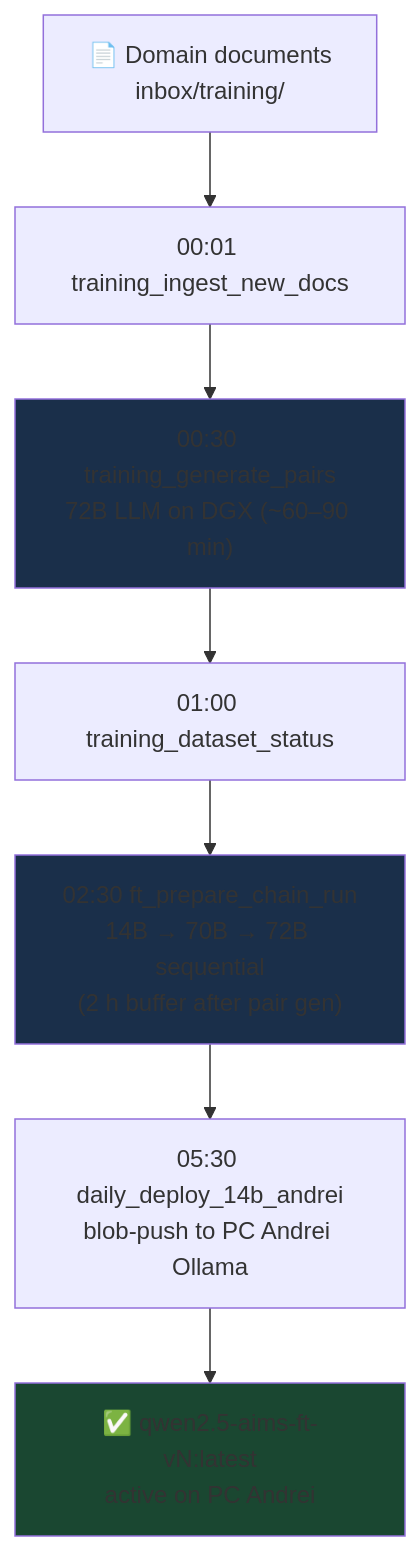
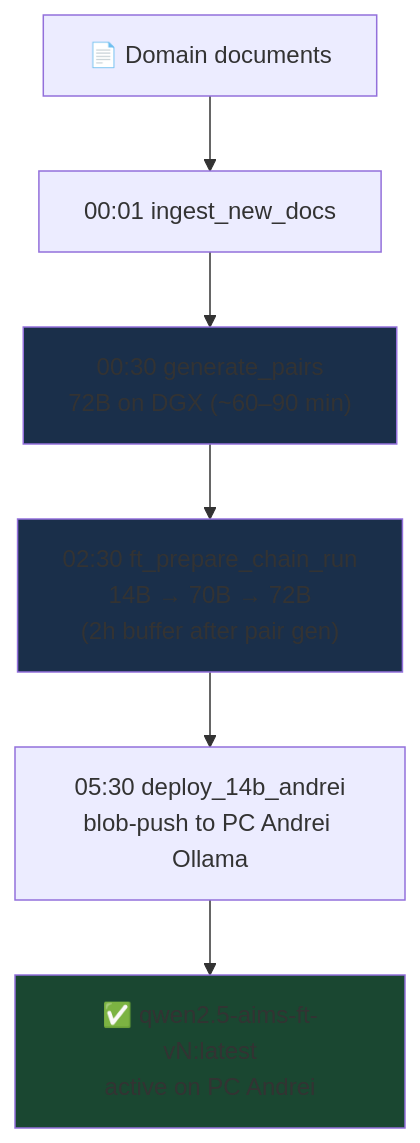
Before and after one commit to AxiOMSphereAssistanceAIMS/AxiOMSphere: diagram 11 of 12 in README.md, drawn with Mermaid. The commit also changed other lines of this file, not shown here.

First line of the commit message:
README: business-first restructure, API credits section, merged diagrams

````diff
--- a/README.md
+++ b/README.md
@@ -627,13 +536,11 @@
 ```mermaid
 flowchart TD
-    DOCS["📄 Domain documents\ninbox/training/"] --> INGEST["00:01 training_ingest_new_docs"]
-    INGEST --> PAIRS["00:30 training_generate_pairs\n72B LLM on DGX (~60–90 min)"]
-    PAIRS --> STATUS["01:00 training_dataset_status"]
-    STATUS --> FT["02:30 ft_prepare_chain_run\n14B → 70B → 72B sequential\n(2 h buffer after pair gen)"]
-    FT --> DEPLOY["05:30 daily_deploy_14b_andrei\nblob-push to PC Andrei Ollama"]
+    DOCS["📄 Domain documents"] --> INGEST["00:01 ingest_new_docs"]
+    INGEST --> PAIRS["00:30 generate_pairs\n72B on DGX (~60–90 min)"]
+    PAIRS --> FT["02:30 ft_prepare_chain_run\n14B → 70B → 72B\n(2h buffer after pair gen)"]
+    FT --> DEPLOY["05:30 deploy_14b_andrei\nblob-push to PC Andrei Ollama"]
     DEPLOY --> BOT["✅ qwen2.5-aims-ft-vN:latest\nactive on PC Andrei"]
-
     style PAIRS fill:#1a2f4a
     style FT fill:#1a2f4a
     style BOT fill:#1a4731
 ```
````
